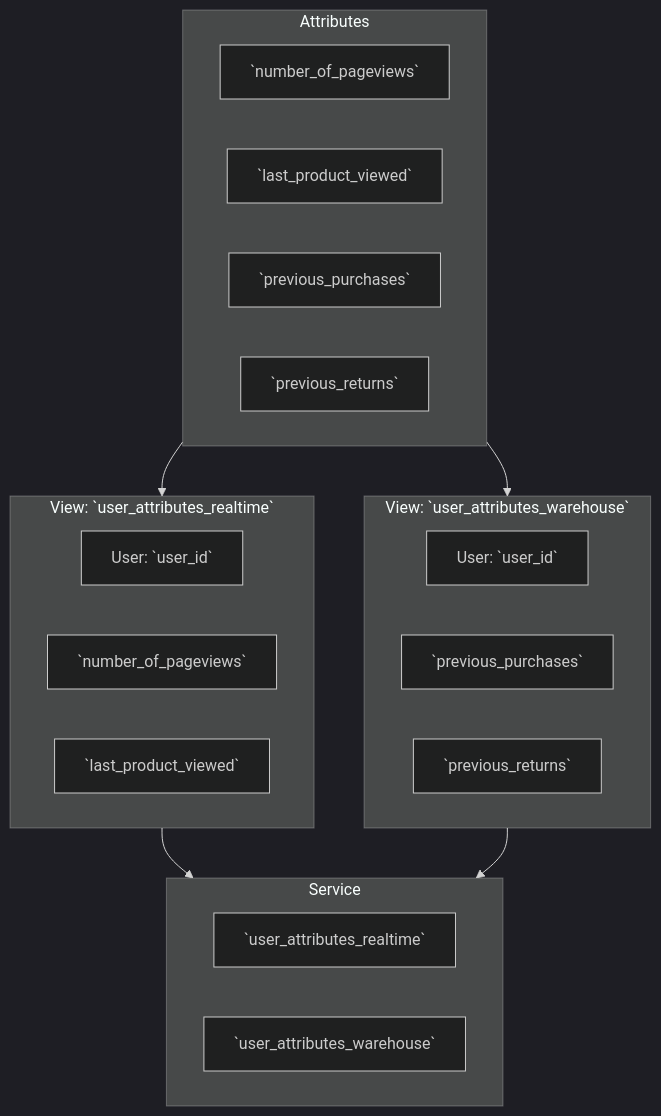
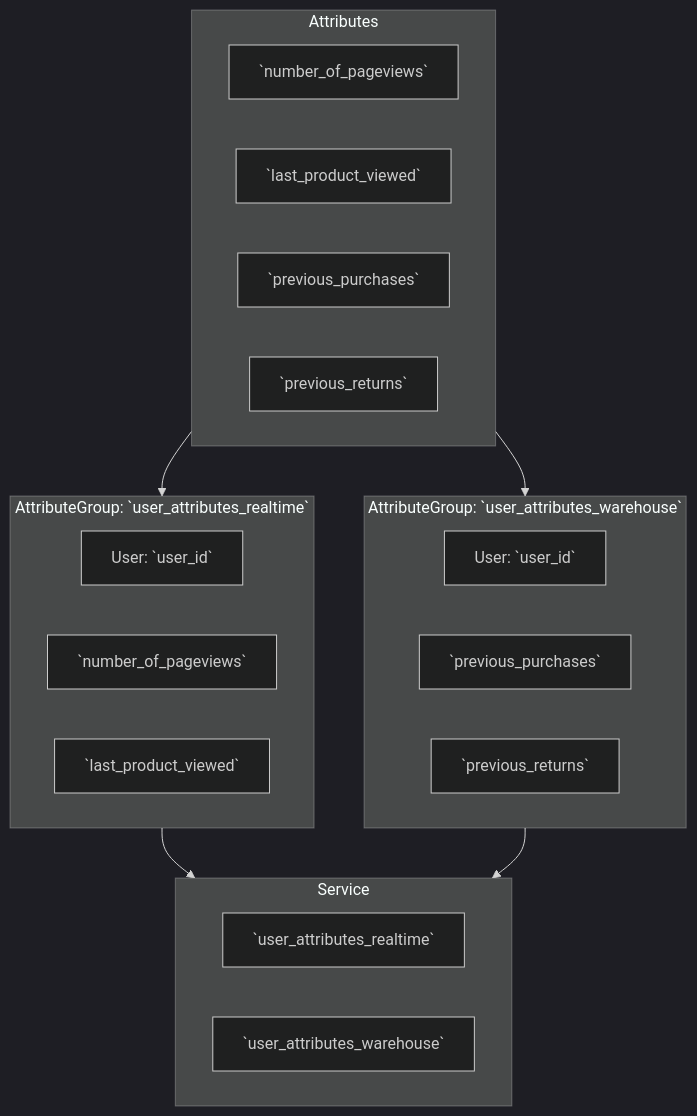
Before and after one commit to snowplow/documentation: the fourth of 5 diagrams in docs/signals/concepts/index.md, drawn with Mermaid (dark theme). The commit also changed other lines of this file and 19 other files, not shown here.

````diff
--- a/docs/signals/concepts/index.md
+++ b/docs/signals/concepts/index.md
@@ -208,32 +204,32 @@
 ```mermaid
 flowchart TD
     subgraph Attributes[Attributes]
-        SA1[`number_of_pageviews`]
-        SA2[`last_product_viewed`]
-        BA1[`previous_purchases`]
-        BA2[`previous_returns`]
+        SAG1[`number_of_pageviews`]
+        SAG2[`last_product_viewed`]
+        BAG1[`previous_purchases`]
+        BAG2[`previous_returns`]
     end
 
-    Attributes --> StreamView
-    Attributes --> BatchView
+    Attributes --> StreamAttributeGroup
+    Attributes --> BatchAttributeGroup
 
-    subgraph StreamView[View: `user_attributes_realtime`]
+    subgraph StreamAttributeGroup[AttributeGroup: `user_attributes_realtime`]
         SV_User[User: `user_id`]
-        SV_SA1[`number_of_pageviews`]
-        SV_SA2[`last_product_viewed`]
+        SV_SAG1[`number_of_pageviews`]
+        SV_SAG2[`last_product_viewed`]
     end
 
-    subgraph BatchView[View: `user_attributes_warehouse`]
+    subgraph BatchAttributeGroup[AttributeGroup: `user_attributes_warehouse`]
         BV_User[User: `user_id`]
-        BV_BA1[`previous_purchases`]
-        BV_BA2[`previous_returns`]
+        BV_BAG1[`previous_purchases`]
+        BV_BAG2[`previous_returns`]
     end
 
-    StreamView --> Service
-    BatchView --> Service
+    StreamAttributeGroup --> Service
+    BatchAttributeGroup --> Service
 
     subgraph Service[Service]
-        S_StreamView[`user_attributes_realtime`]
-        S_BatchView[`user_attributes_warehouse`]
+        S_StreamAttributeGroup[`user_attributes_realtime`]
+        S_BatchAttributeGroup[`user_attributes_warehouse`]
     end
 ```
````
